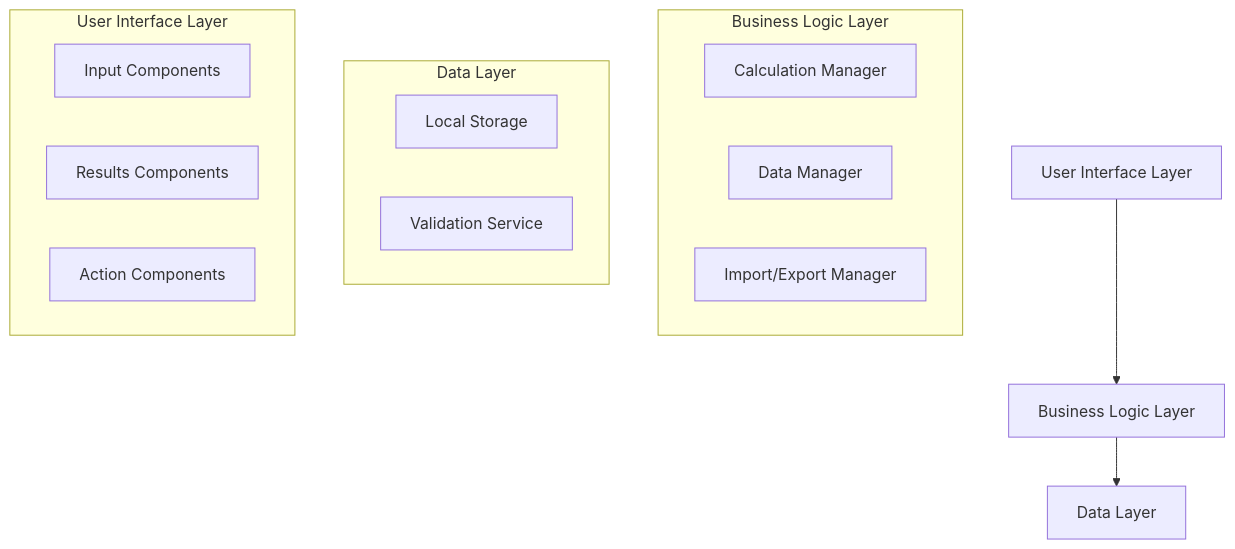
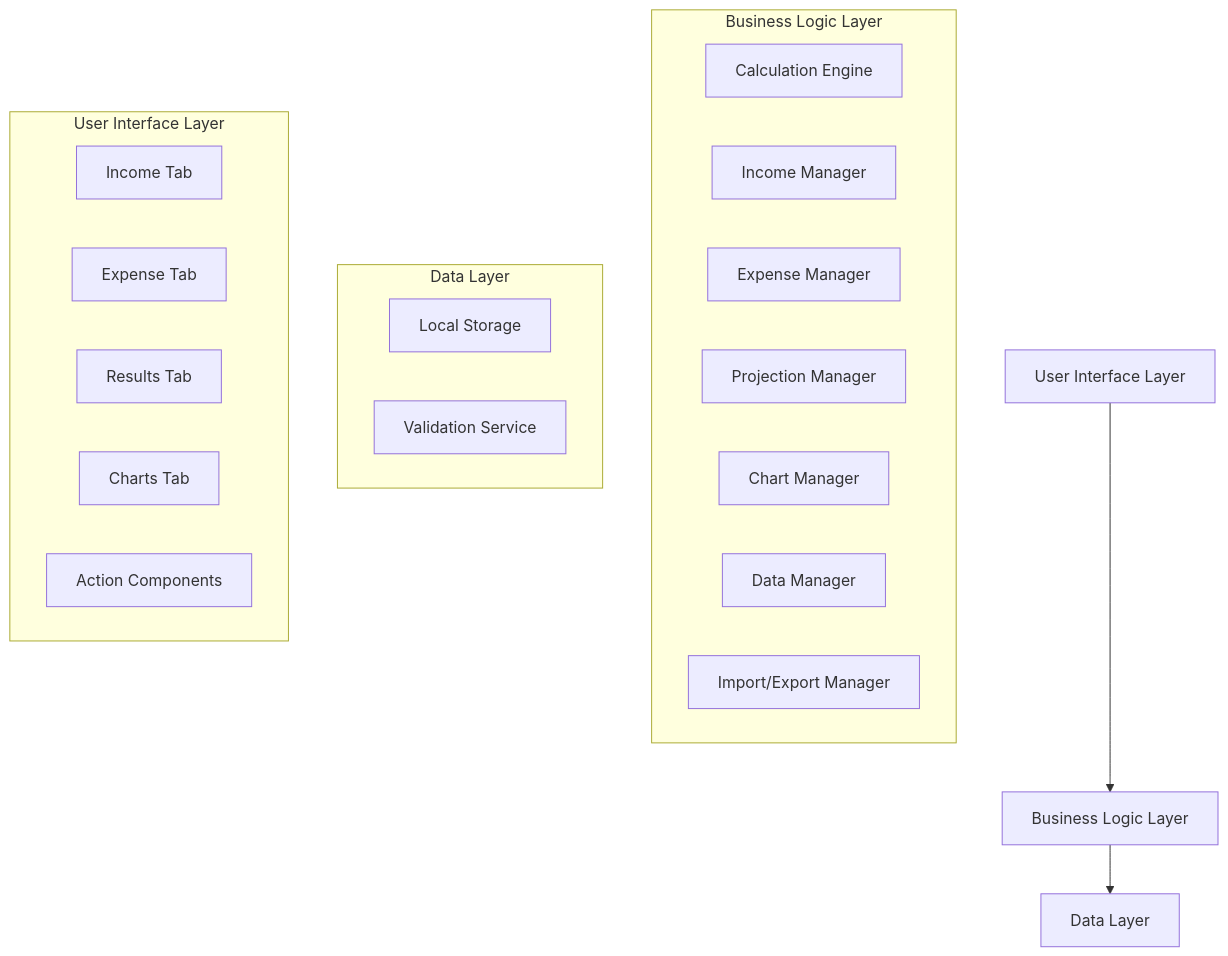
Before and after one commit to jhyoong/retirement-calculator: the diagram in .kiro/specs/retirement-calculator/design.md, drawn with Mermaid. The commit also changed other lines of this file and 2 other files, not shown here.

````diff
--- a/.kiro/specs/retirement-calculator/design.md
+++ b/.kiro/specs/retirement-calculator/design.md
@@ -11,26 +11,32 @@
 ```mermaid
 graph TB
     UI[User Interface Layer]
     BL[Business Logic Layer]
     DL[Data Layer]
     
     UI --> BL
     BL --> DL
     
     subgraph "Business Logic Layer"
-        CM[Calculation Manager]
+        CE[Calculation Engine]
+        IM[Income Manager]
+        EM[Expense Manager]
+        PM[Projection Manager]
+        CM[Chart Manager]
         DM[Data Manager]
-        IM[Import/Export Manager]
+        IEM[Import/Export Manager]
     end
     
     subgraph "Data Layer"
         LS[Local Storage]
         VS[Validation Service]
     end
     
     subgraph "User Interface Layer"
-        IC[Input Components]
-        RC[Results Components]
+        IT[Income Tab]
+        ET[Expense Tab]
+        RT[Results Tab]
+        CT[Charts Tab]
         AC[Action Components]
     end
 ```
````
